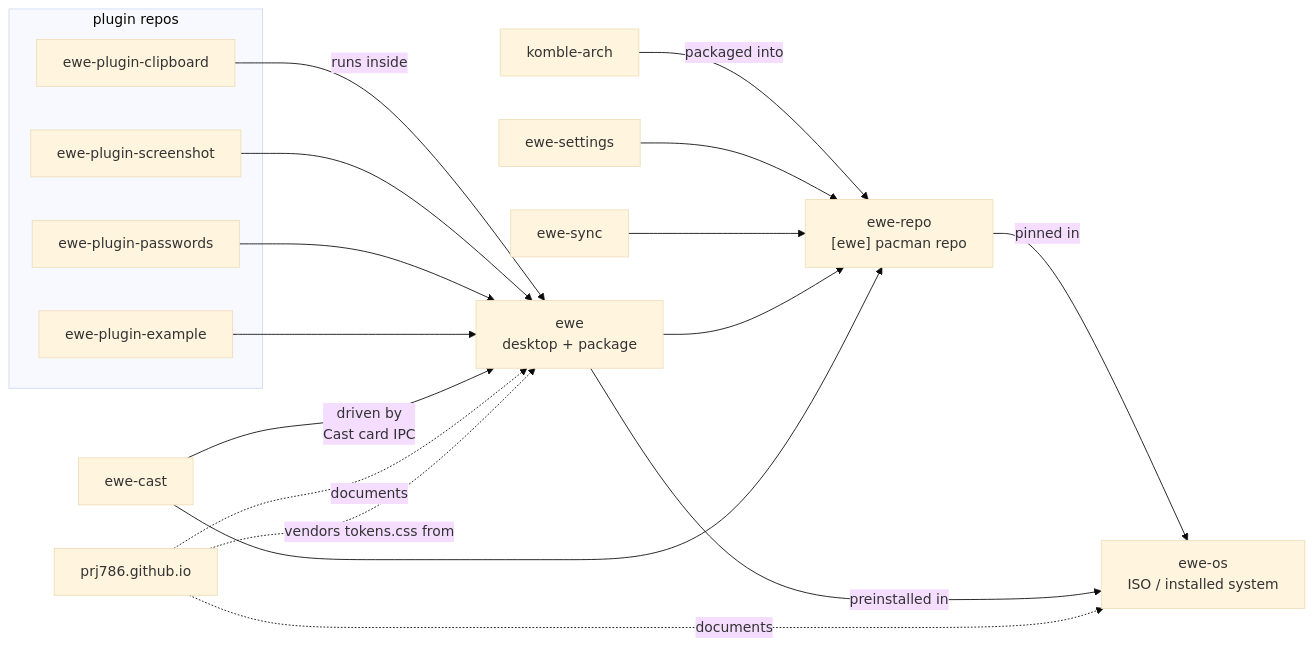
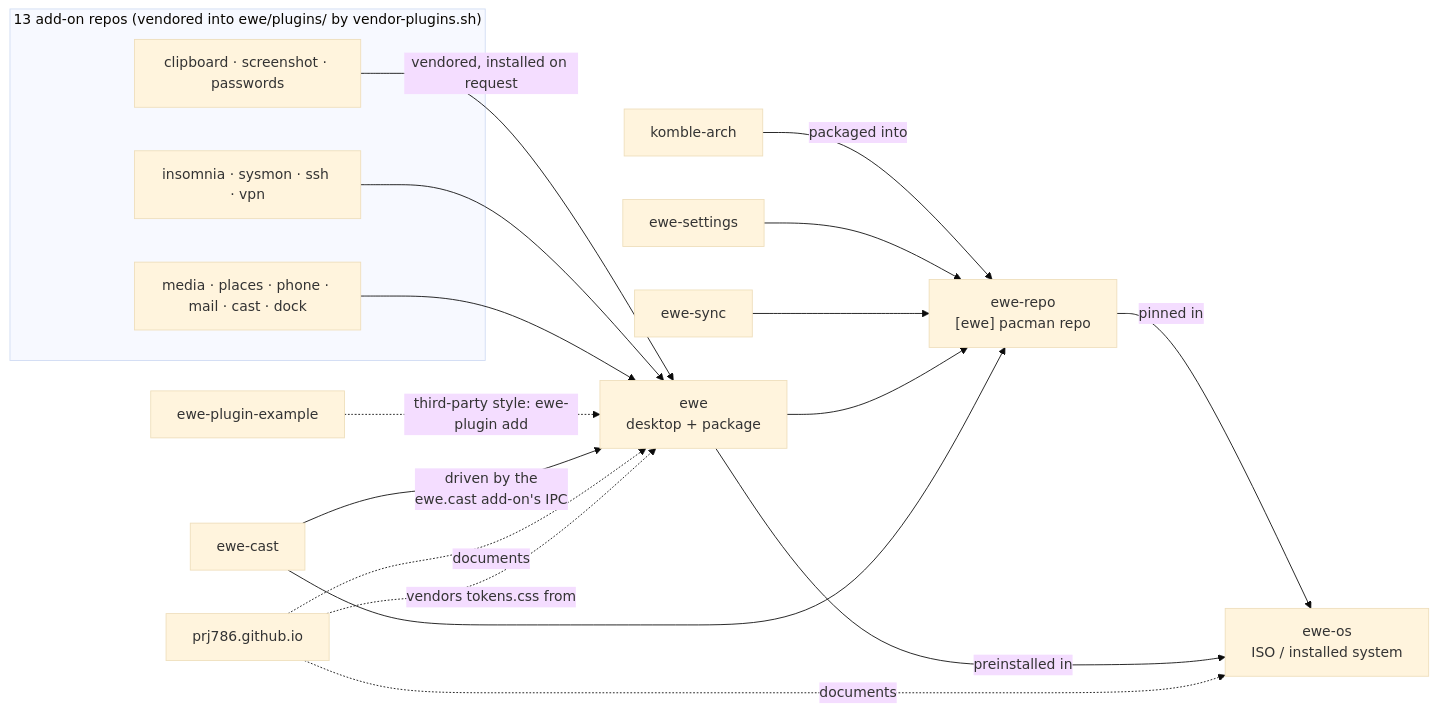
The diagram in 01-Overview/Repository Map.md (prj786/ewe-map), drawn with Mermaid (base theme) before and after one commit. The commit also changed other lines of this file and 9 other files, not shown here.

Commit message:
contracts + reference: Shell API, core vs add-on IPC targets, storage owners, Quick Answers for add-ons, keymap, CLI; ewe-facts.json 0.25 add-ons facts; check-facts accepts an in-progress <key>_next version

````diff
--- a/01-Overview/Repository Map.md
+++ b/01-Overview/Repository Map.md
@@ -32,29 +45,29 @@
 ```mermaid
 graph LR
-    subgraph plugins["plugin repos"]
-        P1["ewe-plugin-clipboard"]
-        P2["ewe-plugin-screenshot"]
-        P3["ewe-plugin-passwords"]
-        P4["ewe-plugin-example"]
+    subgraph plugins["13 add-on repos (vendored into ewe/plugins/ by vendor-plugins.sh)"]
+        P1["clipboard · screenshot · passwords"]
+        P2["insomnia · sysmon · ssh · vpn"]
+        P3["media · places · phone · mail · cast · dock"]
     end
+    P4["ewe-plugin-example"]
 
-    P1 -->|"runs inside"| EWE["ewe<br/>desktop + package"]
+    P1 -->|"vendored, installed on request"| EWE["ewe<br/>desktop + package"]
     P2 --> EWE
     P3 --> EWE
-    P4 --> EWE
+    P4 -.->|"third-party style: ewe-plugin add"| EWE
 
-    CAST["ewe-cast"] -->|"driven by<br/>Cast card IPC"| EWE
+    CAST["ewe-cast"] -->|"driven by the<br/>ewe.cast add-on's IPC"| EWE
 
     K["komble-arch"] -->|"packaged into"| REPO["ewe-repo<br/>[ewe] pacman repo"]
     S["ewe-settings"] --> REPO
     SY["ewe-sync"] --> REPO
     EWE --> REPO
     CAST --> REPO
 
     REPO -->|"pinned in"| OS["ewe-os<br/>ISO / installed system"]
     EWE -->|"preinstalled in"| OS
 
     WEB["prj786.github.io"] -.->|"documents"| OS
     WEB -.->|"documents"| EWE
     WEB -.->|"vendors tokens.css from"| EWE
 ```
````
